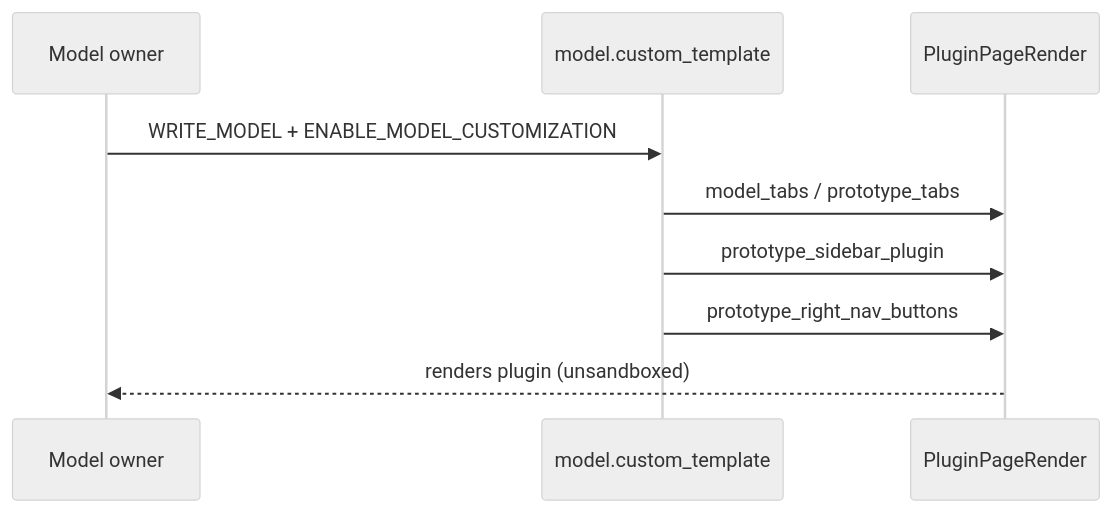
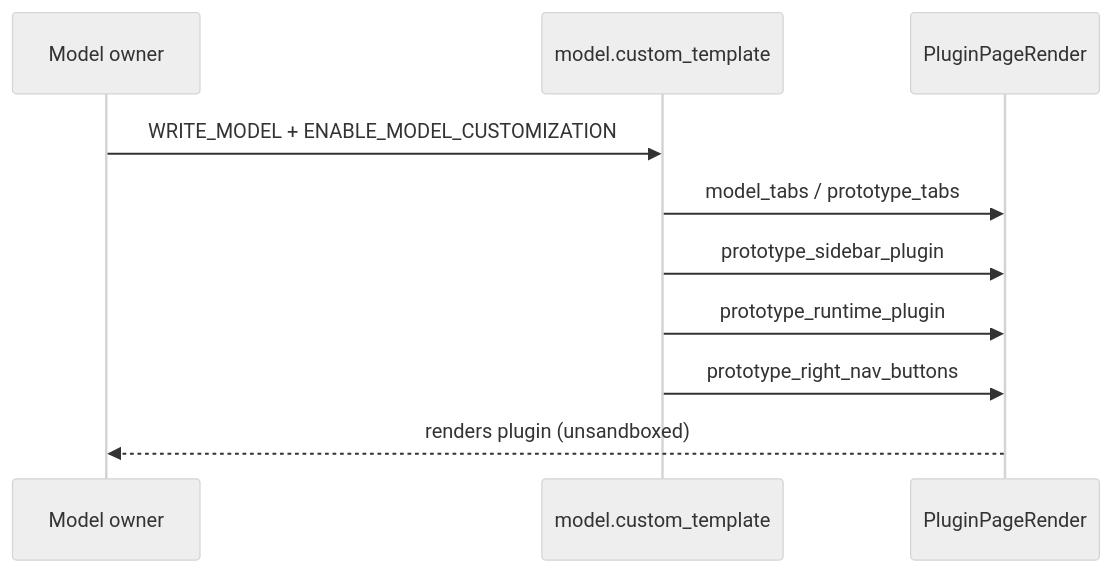
One commit to eclipse-autowrx/autowrx changed the sixth of 7 diagrams in docs/capabilities/plugins.md. Above: the diagram before and after it, drawn with Mermaid (neutral theme). The commit also changed other lines of this file and 3 other files, not shown here.

Commit message:
docs: document the runtime panel plugin slot and bridge

````diff
--- a/docs/capabilities/plugins.md
+++ b/docs/capabilities/plugins.md
@@ -450,11 +452,12 @@
 ```mermaid
 sequenceDiagram
     participant O as Model owner
     participant M as model.custom_template
     participant P as PluginPageRender
     O->>M: WRITE_MODEL + ENABLE_MODEL_CUSTOMIZATION
     M->>P: model_tabs / prototype_tabs
     M->>P: prototype_sidebar_plugin
+    M->>P: prototype_runtime_plugin
     M->>P: prototype_right_nav_buttons
     P-->>O: renders plugin (unsandboxed)
 ```
````
